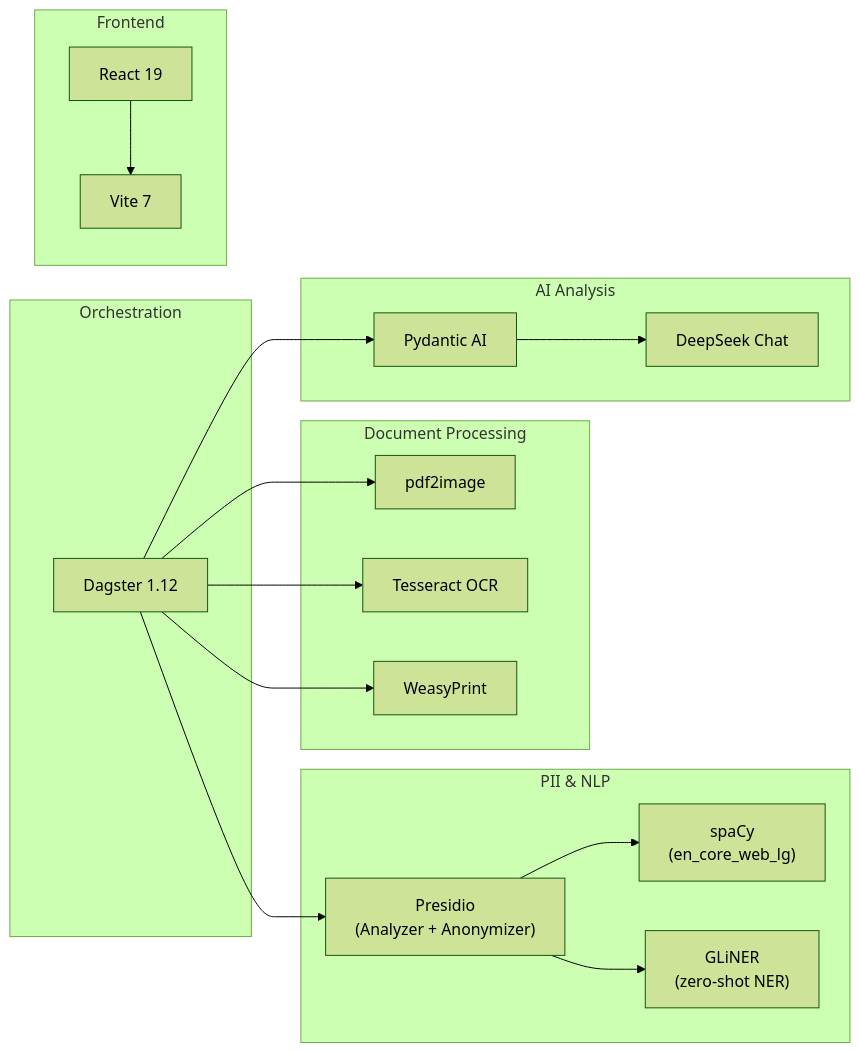
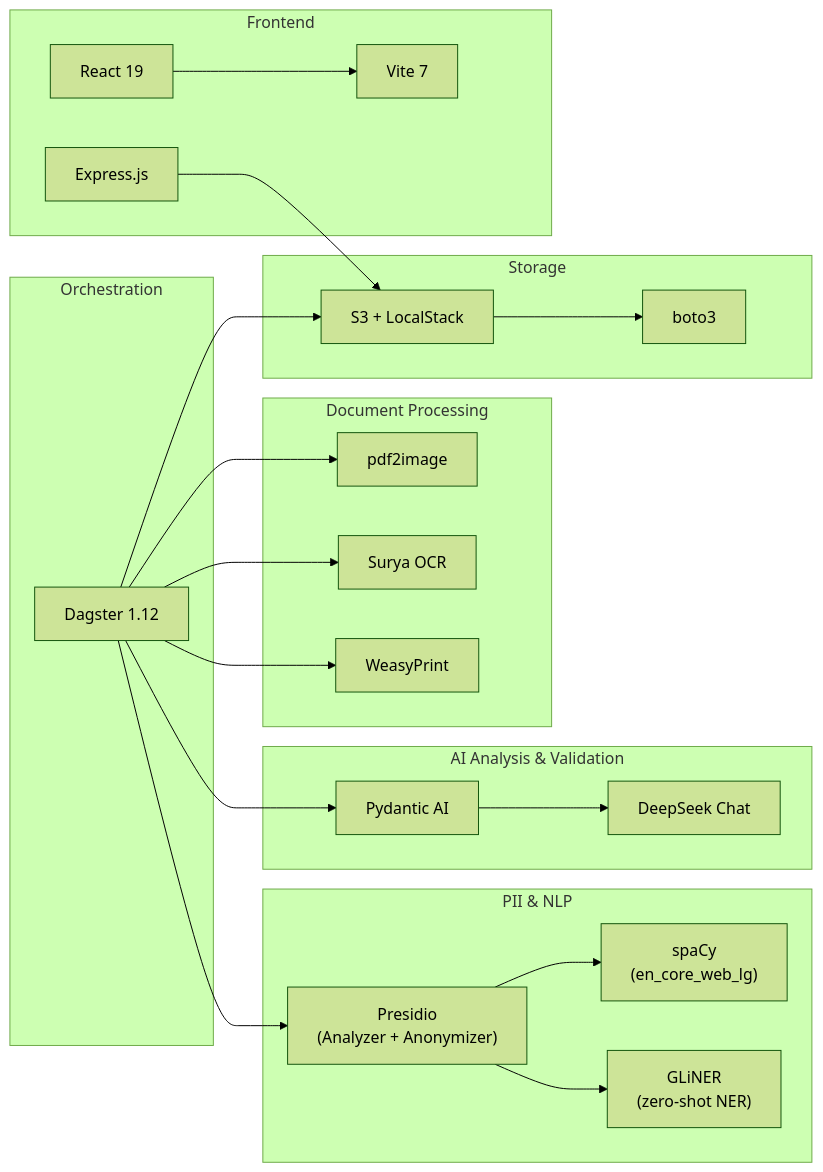
The eighth of 8 diagrams in README.md (danielpodrazka/dagster-document-intelligence), drawn with Mermaid (forest theme) before and after one commit. The commit also changed other lines of this file and 5 other files, not shown here.

First line of the commit message:
Update README, upgrade Surya OCR to v0.17 API, and add future enhancements doc

````diff
--- a/README.md
+++ b/README.md
@@ -287,38 +396,47 @@
 ```mermaid
 graph LR
     subgraph Orchestration
         Dagster["Dagster 1.12"]
     end
 
     subgraph Document["Document Processing"]
         pdf2image["pdf2image"]
-        Tesseract["Tesseract OCR"]
+        Surya["Surya OCR"]
         WeasyPrint["WeasyPrint"]
     end
 
     subgraph NLP["PII & NLP"]
         Presidio["Presidio<br/>(Analyzer + Anonymizer)"]
         spaCy["spaCy<br/>(en_core_web_lg)"]
         GLiNER["GLiNER<br/>(zero-shot NER)"]
     end
 
-    subgraph AI["AI Analysis"]
+    subgraph AI["AI Analysis & Validation"]
         PydanticAI["Pydantic AI"]
         DeepSeek["DeepSeek Chat"]
+    end
+
+    subgraph Storage["Storage"]
+        S3["S3 + LocalStack"]
+        boto3["boto3"]
     end
 
     subgraph Frontend["Frontend"]
         React["React 19"]
         Vite["Vite 7"]
+        Express["Express.js"]
     end
 
     Dagster --> pdf2image
-    Dagster --> Tesseract
+    Dagster --> Surya
     Dagster --> Presidio
     Presidio --> spaCy
     Presidio --> GLiNER
     Dagster --> PydanticAI
     PydanticAI --> DeepSeek
     Dagster --> WeasyPrint
+    Dagster --> S3
+    S3 --> boto3
     React --> Vite
+    Express --> S3
 ```
````
